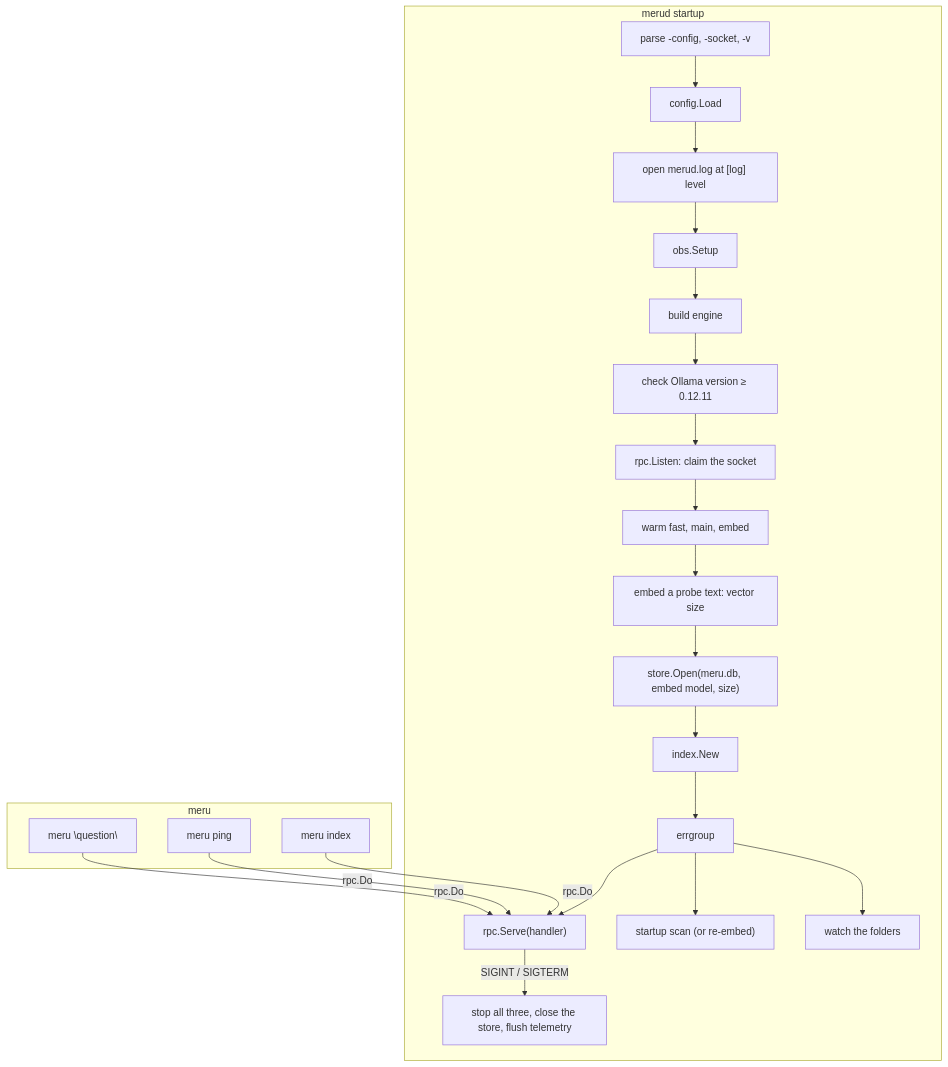
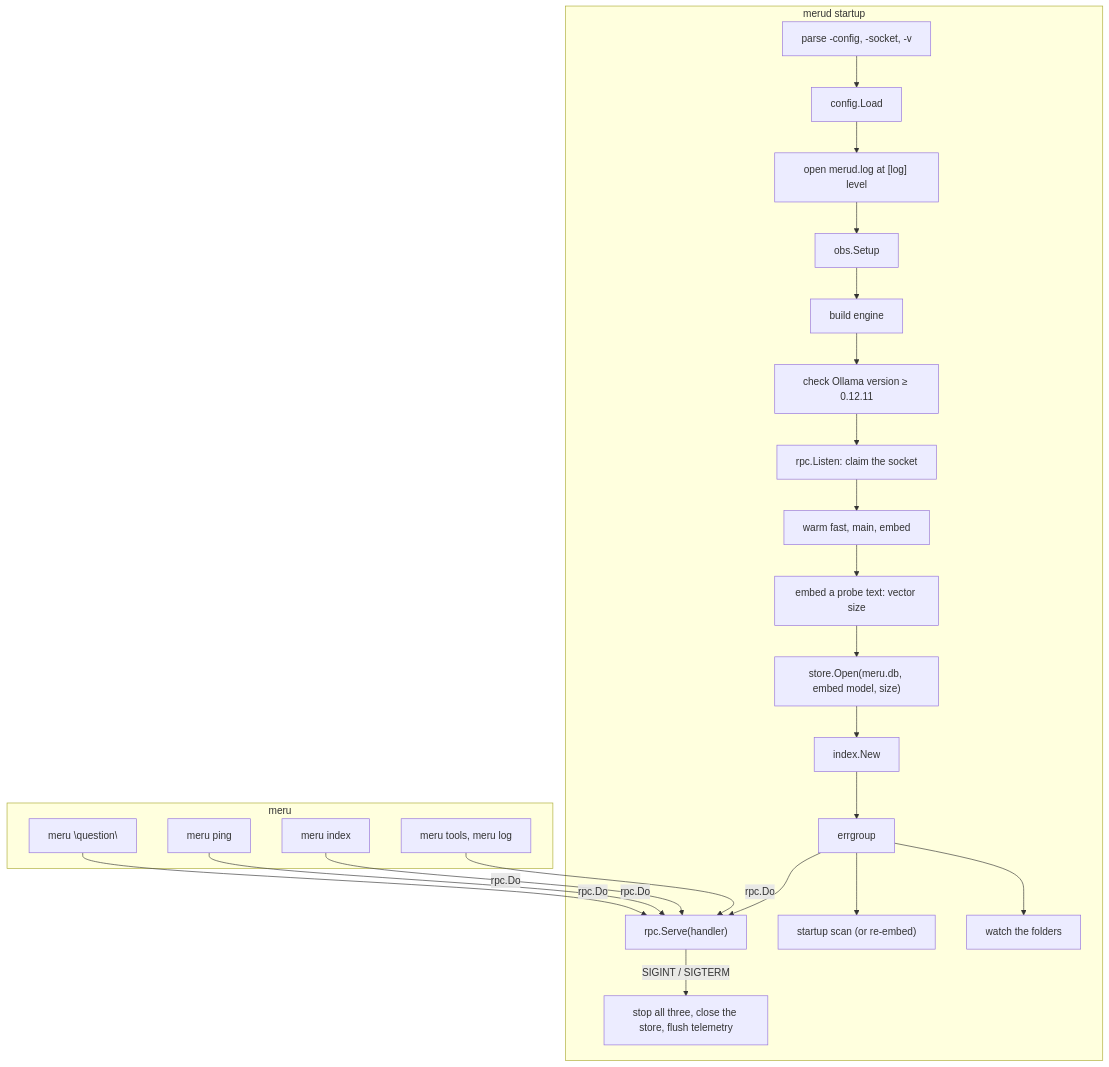
Before and after one commit to aarora79/meru: the diagram in docs/coding-notes/merud.md, drawn with Mermaid. The commit also changed other lines of this file and 25 other files, not shown here.

First line of the commit message:
Ask about tool calls in both clients; add meru tools and meru log

````diff
--- a/docs/coding-notes/merud.md
+++ b/docs/coding-notes/merud.md
@@ -20,25 +20,26 @@
 ```mermaid
 flowchart TB
     subgraph merud["merud startup"]
         F["parse -config, -socket, -v"] --> L["config.Load"]
         L --> G["open merud.log at [log] level"]
         G --> O["obs.Setup"]
         O --> E["build engine"]
         E --> V["check Ollama version ≥ 0.12.11"]
         V --> S["rpc.Listen: claim the socket"]
         S --> W["warm fast, main, embed"]
         W --> D["embed a probe text: vector size"]
         D --> ST["store.Open(meru.db, embed model, size)"]
         ST --> IX["index.New"]
         IX --> G2["errgroup"]
         G2 --> R["rpc.Serve(handler)"]
         G2 --> SC["startup scan (or re-embed)"]
         G2 --> WA["watch the folders"]
         R -- "SIGINT / SIGTERM" --> X["stop all three, close the store, flush telemetry"]
     end
     subgraph meru["meru"]
         A["meru \"question\""] -- "rpc.Do" --> R
         P["meru ping"] -- "rpc.Do" --> R
         I["meru index"] -- "rpc.Do" --> R
+        T["meru tools, meru log"] -- "rpc.Do" --> R
     end
 ```
````
